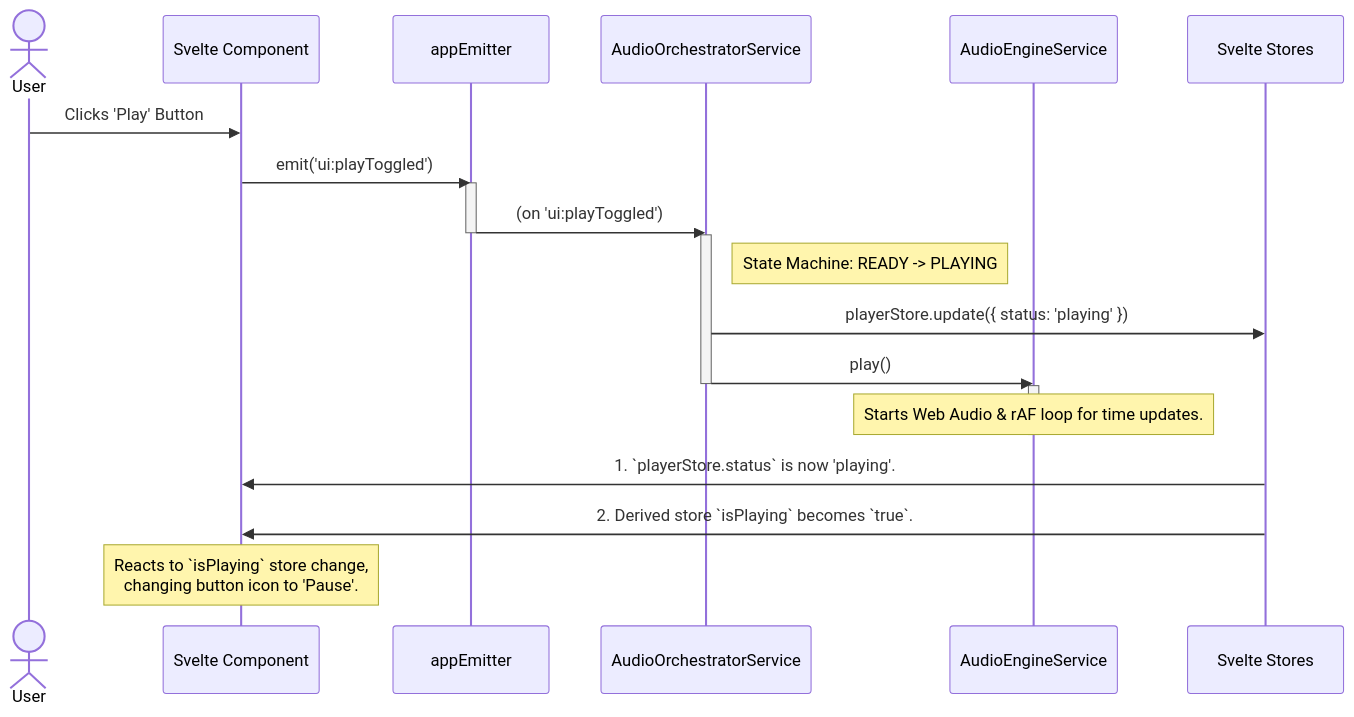
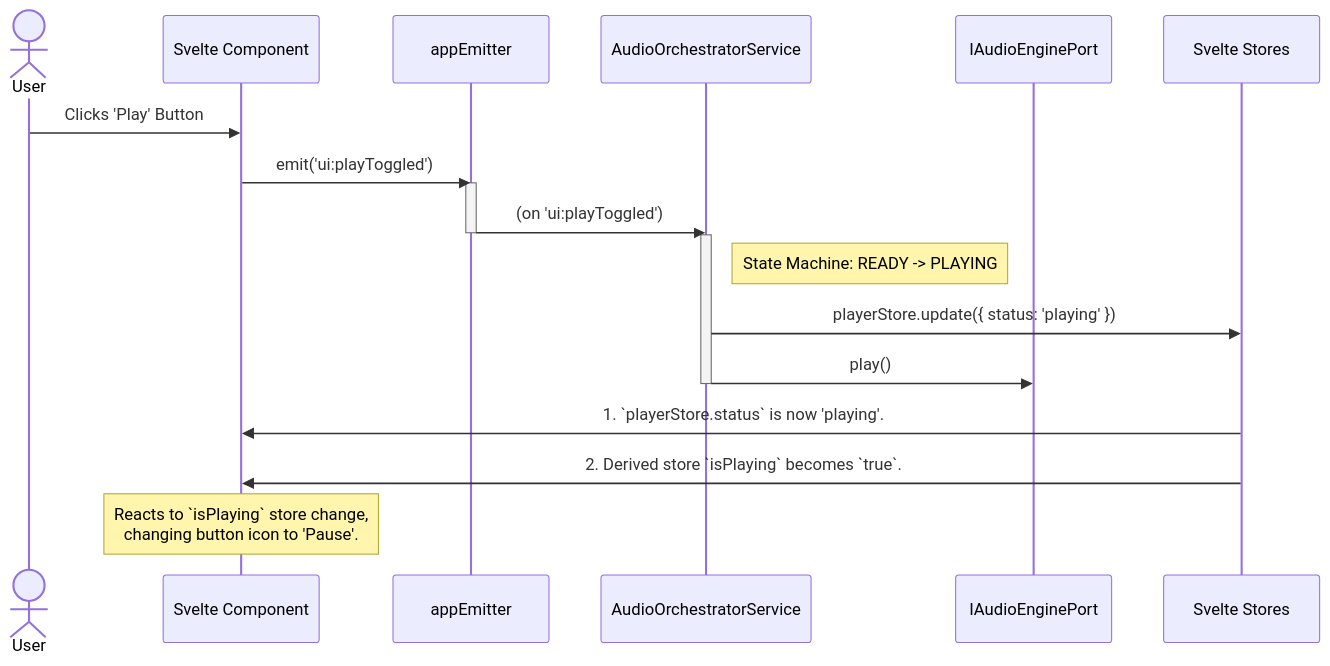
Before and after one commit to averykhoo/vibe-player-v3: the diagram in vibe-player-v3/docs/refactor-plan/diagrams/play-pause-flow.mermaid, drawn with Mermaid.

```diff
--- a/vibe-player-v3/docs/refactor-plan/diagrams/play-pause-flow.mermaid
+++ b/vibe-player-v3/docs/refactor-plan/diagrams/play-pause-flow.mermaid
@@ -1,31 +1,27 @@
 %% vibe-player-v3/docs/refactor-plan/diagrams/play-pause-flow.mermaid
 %% Detailed event flow for a play/pause command, showing the full unidirectional data loop.
 
 sequenceDiagram
     actor User
     participant UI as Svelte Component
     participant Emitter as appEmitter
     participant Orchestrator as AudioOrchestratorService
-    participant Engine as AudioEngineService
+    participant Engine as IAudioEnginePort
     participant Store as Svelte Stores
 
     User->>UI: Clicks 'Play' Button
     UI->>Emitter: emit('ui:playToggled')
 
     activate Emitter
     Emitter->>Orchestrator: (on 'ui:playToggled')
     deactivate Emitter
 
     activate Orchestrator
     Note right of Orchestrator: State Machine: READY -> PLAYING
     Orchestrator->>Store: playerStore.update({ status: 'playing' })
     Orchestrator->>Engine: play()
     deactivate Orchestrator
 
-    activate Engine
-    Note over Engine: Starts Web Audio & rAF loop for time updates.
-    deactivate Engine
-
     Store->>UI: 1. `playerStore.status` is now 'playing'.
     Store->>UI: 2. Derived store `isPlaying` becomes `true`.
     Note over UI: Reacts to `isPlaying` store change,<br/>changing button icon to 'Pause'.
```
